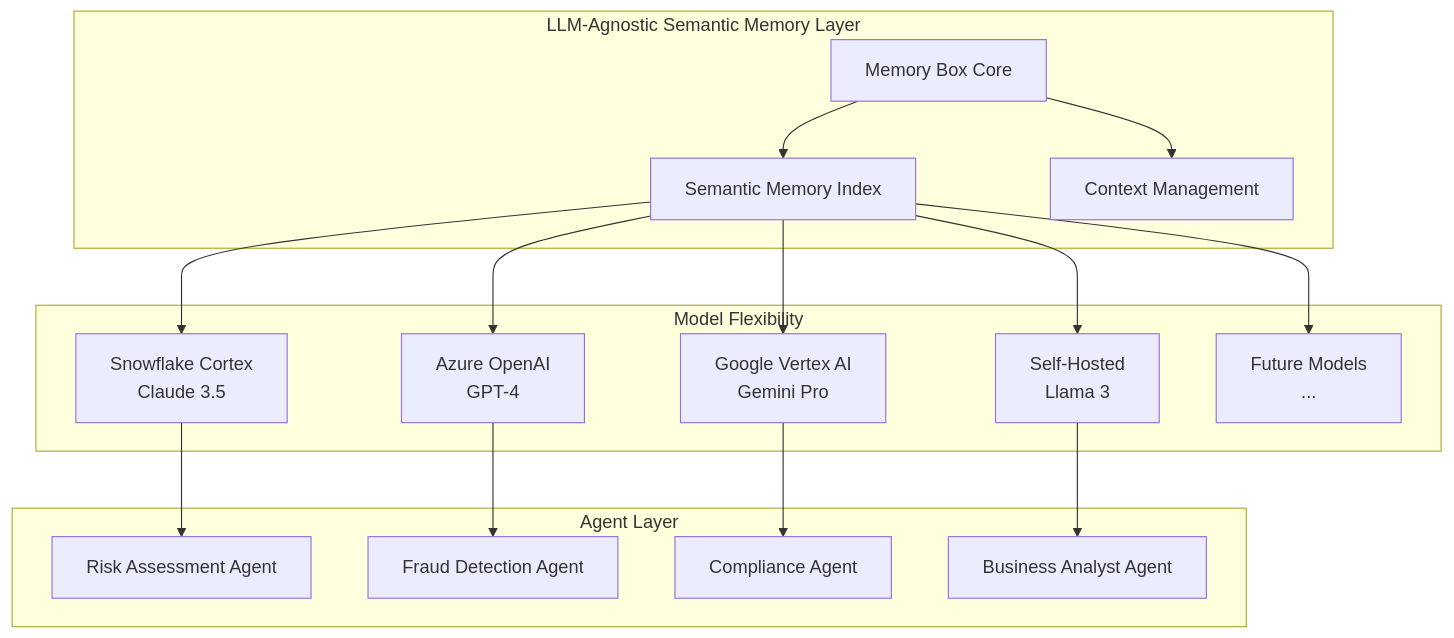
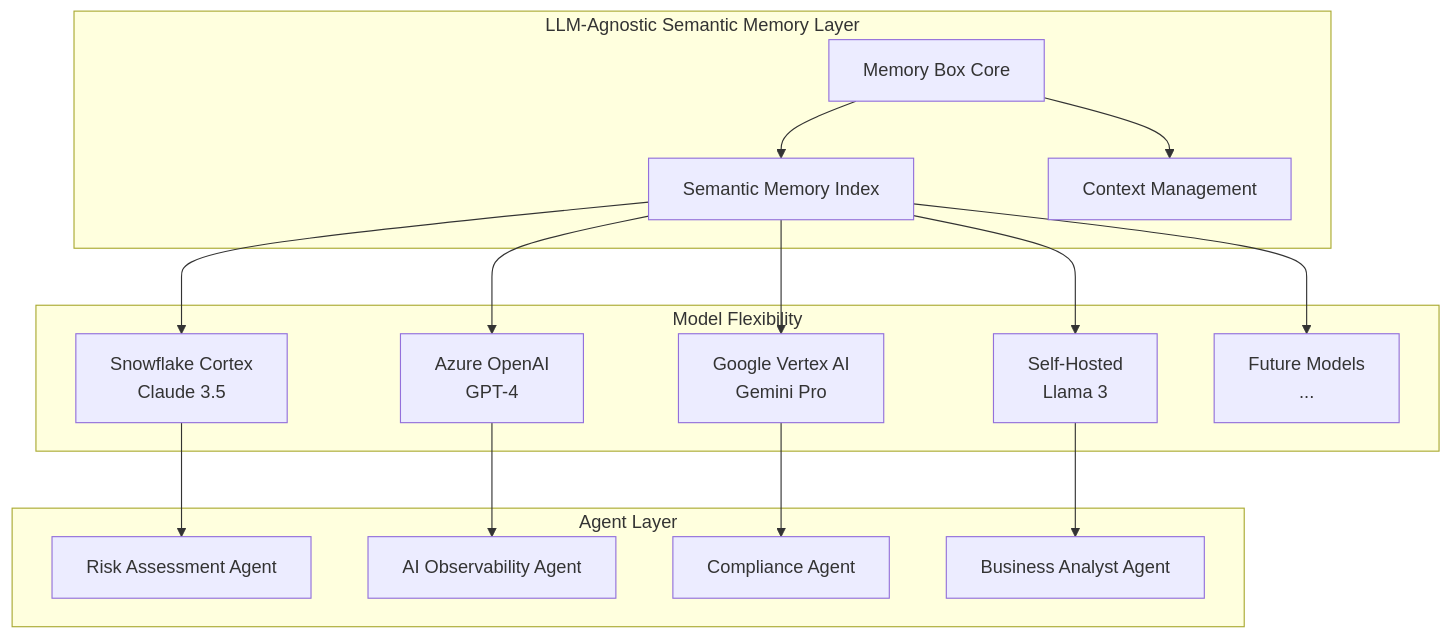
Before and after one commit to amotivv-inc/snowflake-memory-box: the first of 3 diagrams in deployment-docs/agent-platform-enterprise.md, drawn with Mermaid. The commit also changed other lines of this file, not shown here.

````diff
--- a/deployment-docs/agent-platform-enterprise.md
+++ b/deployment-docs/agent-platform-enterprise.md
@@ -30,37 +30,37 @@
 ```mermaid
 graph TB
     subgraph "LLM-Agnostic Semantic Memory Layer"
         MemoryCore[Memory Box Core]
         SemanticIndex[Semantic Memory Index]
         ContextEngine[Context Management]
     end
     
     subgraph "Model Flexibility"
         Claude[Snowflake Cortex<br/>Claude 3.5]
         GPT[Azure OpenAI<br/>GPT-4]
         Gemini[Google Vertex AI<br/>Gemini Pro]
         Llama[Self-Hosted<br/>Llama 3]
         Future[Future Models<br/>...]
     end
     
     subgraph "Agent Layer"
         RiskAgent[Risk Assessment Agent]
-        FraudAgent[Fraud Detection Agent]
+        ObservabilityAgent[AI Observability Agent]
         ComplianceAgent[Compliance Agent]
         AnalystAgent[Business Analyst Agent]
     end
     
     MemoryCore --> SemanticIndex
     MemoryCore --> ContextEngine
     
     SemanticIndex --> Claude
     SemanticIndex --> GPT
     SemanticIndex --> Gemini
     SemanticIndex --> Llama
     SemanticIndex --> Future
     
     Claude --> RiskAgent
-    GPT --> FraudAgent
+    GPT --> ObservabilityAgent
     Gemini --> ComplianceAgent
     Llama --> AnalystAgent
 ```
````
